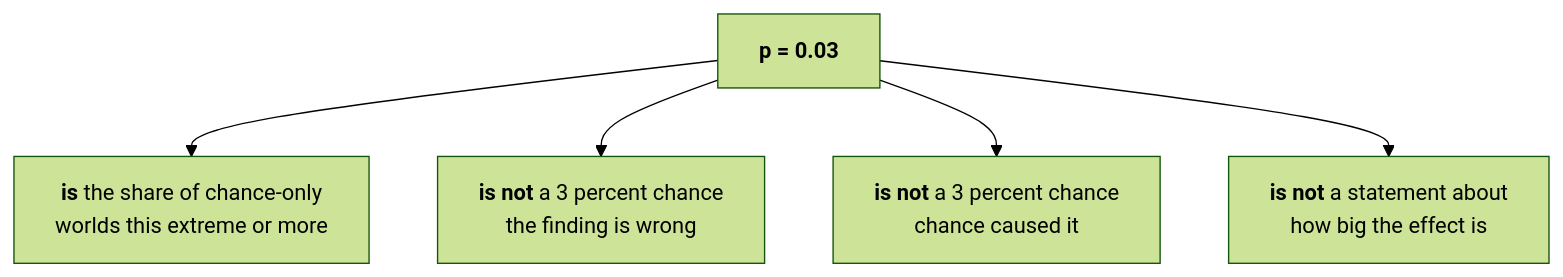
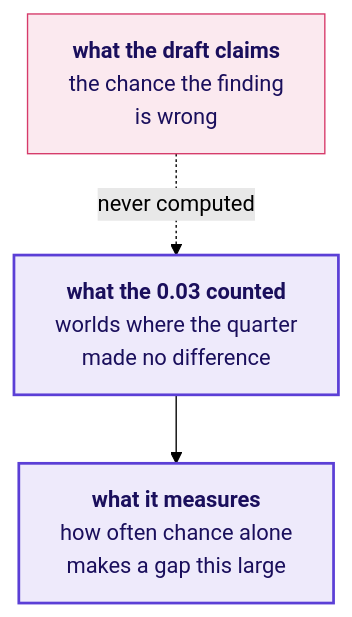
The eighth of 20 diagrams in content/W01/D4/slides/C2_W01_D04_half1_STUDENT.md (fde-academy-lab/c2-content-factory), drawn with Mermaid (forest theme) before and after one commit. The commit also changed other lines of this file and 26 other files, not shown here.

````diff
--- a/content/W01/D4/slides/C2_W01_D04_half1_STUDENT.md
+++ b/content/W01/D4/slides/C2_W01_D04_half1_STUDENT.md
@@ -111,7 +343,9 @@
 ```mermaid
 flowchart TB
-    A["<b>p = 0.03</b>"] --> B["<b>is</b> the share of chance-only<br/>worlds this extreme or more"]
-    A --> X["<b>is not</b> a 3 percent chance<br/>the finding is wrong"]
-    A --> Y["<b>is not</b> a 3 percent chance<br/>chance caused it"]
-    A --> Z["<b>is not</b> a statement about<br/>how big the effect is"]
+    S["<b>what the 0.03 counted</b><br/>worlds where the quarter<br/>made no difference"] --> F["<b>what it measures</b><br/>how often chance alone<br/>makes a gap this large"]
+    X["<b>what the draft claims</b><br/>the chance the finding<br/>is wrong"] -.->|"never computed"| S
+    classDef known fill:#EEEAFB,stroke:#5B3FD6,color:#1A0F5C,stroke-width:2px
+    classDef bad fill:#FBE9EF,stroke:#D63A6A,color:#1A0F5C
+    class S,F known
+    class X bad
 ```
````
